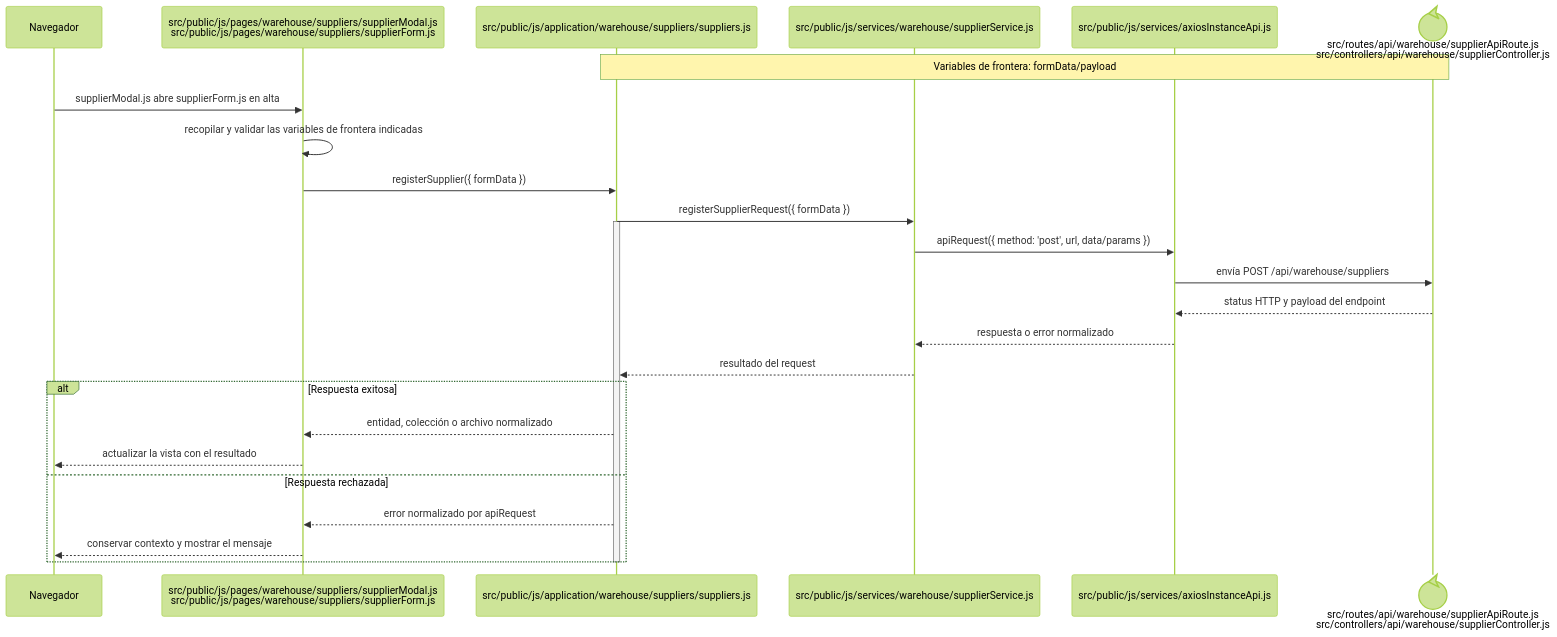
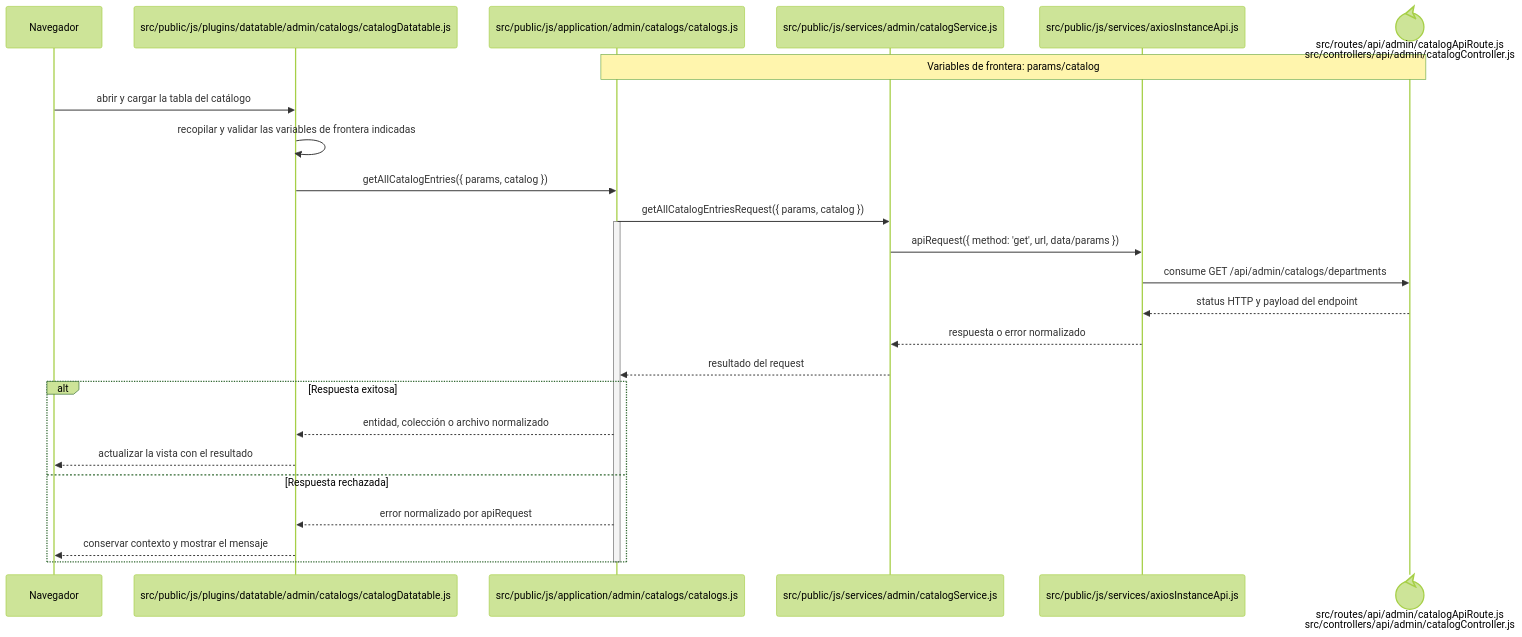
The diagram in docs/architecture/frontend-code-sequences/catalogs/cu-cat-10.md (gpgsistemas01/nexus), drawn with Mermaid (forest theme) before and after one commit. The commit also changed other lines of this file and 287 other files, not shown here.

````diff
--- a/docs/architecture/frontend-code-sequences/catalogs/cu-cat-10.md
+++ b/docs/architecture/frontend-code-sequences/catalogs/cu-cat-10.md
@@ -6,29 +6,29 @@
 ```mermaid
 sequenceDiagram
     participant Browser as Navegador
-    participant View as src/public/js/pages/warehouse/suppliers/supplierModal.js<br/>src/public/js/pages/warehouse/suppliers/supplierForm.js
-    participant Application as src/public/js/application/warehouse/suppliers/suppliers.js
-    participant Request as src/public/js/services/warehouse/supplierService.js
+    participant View as src/public/js/plugins/datatable/admin/catalogs/catalogDatatable.js
+    participant Application as src/public/js/application/admin/catalogs/catalogs.js
+    participant Request as src/public/js/services/admin/catalogService.js
     participant HTTP as src/public/js/services/axiosInstanceApi.js
-    participant Transport@{ "type": "control" } as src/routes/api/warehouse/supplierApiRoute.js<br/>src/controllers/api/warehouse/supplierController.js
-    Note over Application,Transport: Variables de frontera: formData/payload
+    participant Transport@{ "type": "control" } as src/routes/api/admin/catalogApiRoute.js<br/>src/controllers/api/admin/catalogController.js
+    Note over Application,Transport: Variables de frontera: params/catalog
 
-    Browser->>View: supplierModal.js abre supplierForm.js en alta
+    Browser->>View: abrir y cargar la tabla del catálogo
     View->>View: recopilar y validar las variables de frontera indicadas
-    View->>Application: registerSupplier({ formData })
-    Application->>Request: registerSupplierRequest({ formData })
+    View->>Application: getAllCatalogEntries({ params, catalog })
+    Application->>Request: getAllCatalogEntriesRequest({ params, catalog })
     activate Application
-    Request->>HTTP: apiRequest({ method: 'post', url, data/params })
-    HTTP->>Transport: envía POST /api/warehouse/suppliers
+    Request->>HTTP: apiRequest({ method: 'get', url, data/params })
+    HTTP->>Transport: consume GET /api/admin/catalogs/departments
     Transport-->>HTTP: status HTTP y payload del endpoint
     HTTP-->>Request: respuesta o error normalizado
     Request-->>Application: resultado del request
     alt Respuesta exitosa
         Application-->>View: entidad, colección o archivo normalizado
         View-->>Browser: actualizar la vista con el resultado
     else Respuesta rechazada
         Application-->>View: error normalizado por apiRequest
         View-->>Browser: conservar contexto y mostrar el mensaje
     end
     deactivate Application
 ```
````
